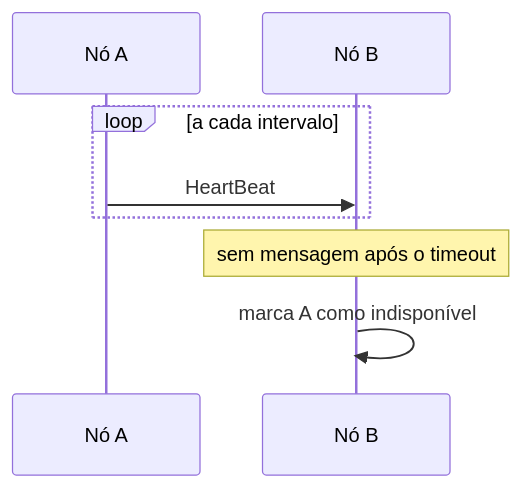
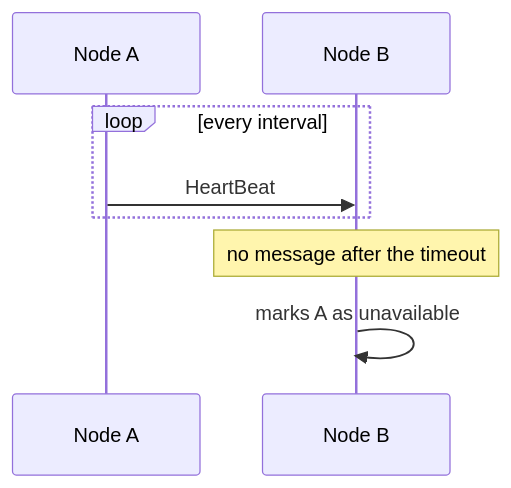
The diagram in docs/architecture/distributed-systems/data-replication/heartbeat.md (alancesar/design-patterns), drawn with Mermaid before and after one commit. The commit also changed 258 other files, not shown here.

First line of the commit message:
Translate Mermaid diagrams to English

````diff
--- a/docs/architecture/distributed-systems/data-replication/heartbeat.md
+++ b/docs/architecture/distributed-systems/data-replication/heartbeat.md
@@ -52,10 +52,10 @@
 ```mermaid
 sequenceDiagram
-    participant A as Nó A
-    participant B as Nó B
-    loop a cada intervalo
+    participant A as Node A
+    participant B as Node B
+    loop every interval
         A->>B: HeartBeat
     end
-    Note over B: sem mensagem após o timeout
-    B->>B: marca A como indisponível
+    Note over B: no message after the timeout
+    B->>B: marks A as unavailable
 ```
````
